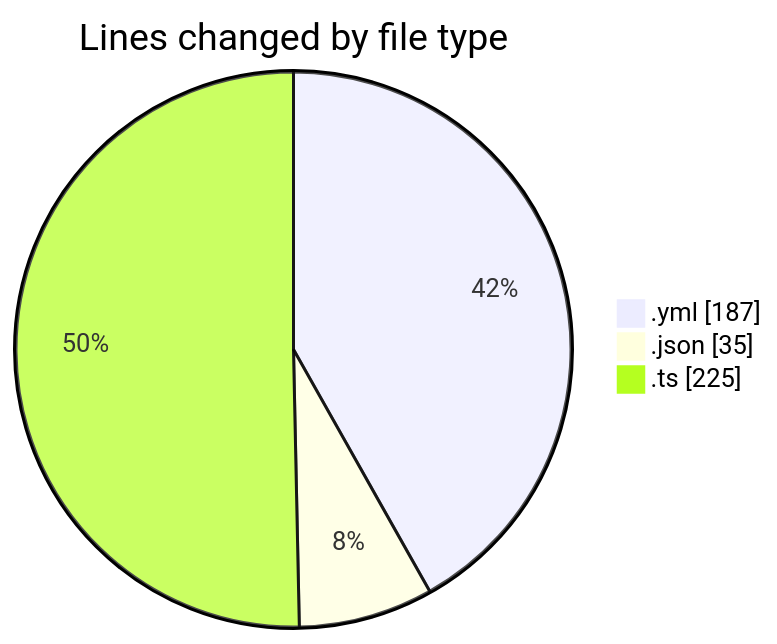
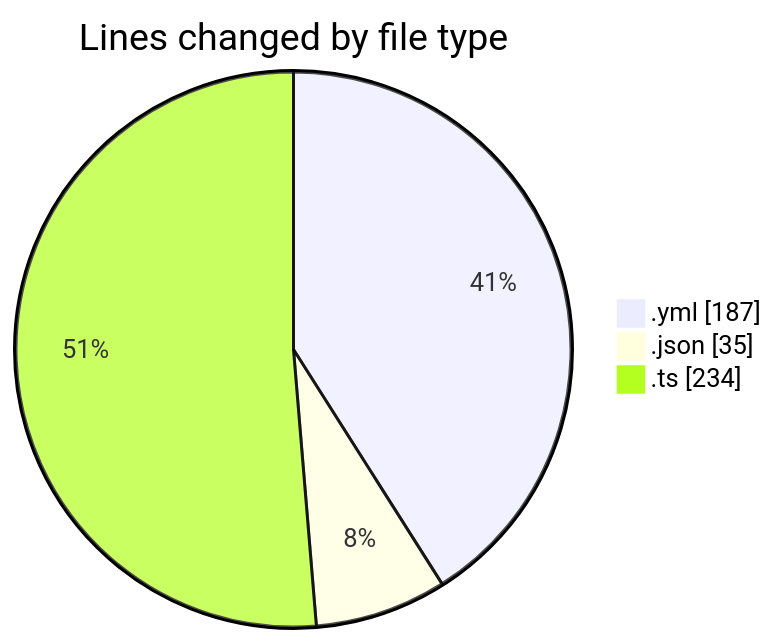
One commit to donsfak/code-tracking changed the first of 2 diagrams in 2025-02-10/maps_clone/README.md. Above: the diagram before and after it, drawn with Mermaid. The commit also changed other lines of this file and 1 other file, not shown here.

````diff
--- a/2025-02-10/maps_clone/README.md
+++ b/2025-02-10/maps_clone/README.md
@@ -24,7 +24,7 @@
 ```mermaid
 pie showData
 title Lines changed by file type
 ".yml" : 187
 ".json" : 35
-".ts" : 225
+".ts" : 234
 ```
````
